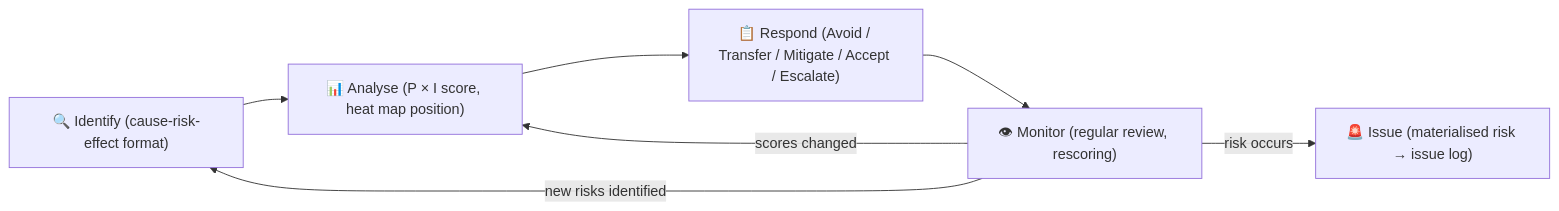
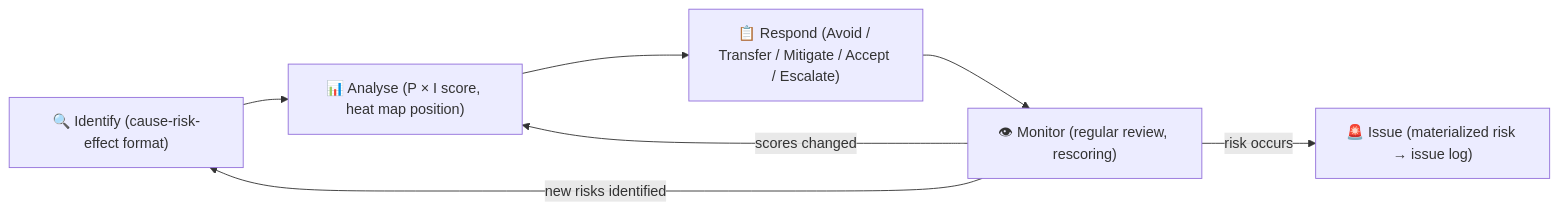
The second of 4 diagrams in modules/11-risk-management.md (UncleJS/course_projectManagement), drawn with Mermaid before and after one commit. The commit also changed other lines of this file and 63 other files, not shown here.

````diff
--- a/modules/11-risk-management.md
+++ b/modules/11-risk-management.md
@@ -220,12 +220,12 @@
 ```mermaid
 flowchart LR
     ID["🔍 Identify (cause-risk-effect format)"]
     AN["📊 Analyse (P × I score, heat map position)"]
     RS["📋 Respond (Avoid / Transfer / Mitigate / Accept / Escalate)"]
     MO["👁 Monitor (regular review, rescoring)"]
-    IS["🚨 Issue (materialised risk → issue log)"]
+    IS["🚨 Issue (materialized risk → issue log)"]
     ID --> AN --> RS --> MO
     MO -->|"new risks identified"| ID
     MO -->|"risk occurs"| IS
     MO -->|"scores changed"| AN
 ```
````
